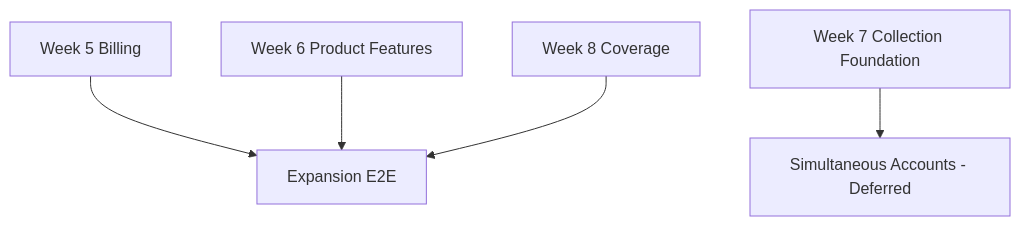
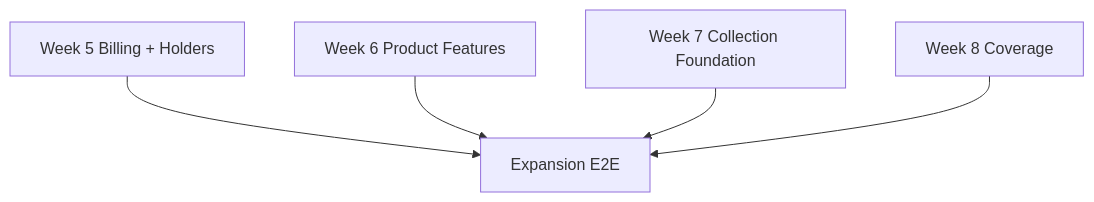
One commit to pradyumna-001/bancaemdia-api changed the diagram in docs/adrs/023-week9-future-concurrency-validation-issues.md. Above: the diagram before and after it, drawn with Mermaid. The commit also changed other lines of this file and 8 other files, not shown here.

````diff
--- a/docs/adrs/023-week9-future-concurrency-validation-issues.md
+++ b/docs/adrs/023-week9-future-concurrency-validation-issues.md
@@ -82,7 +51,7 @@
 ```mermaid
 graph TD
-    W5[Week 5 Billing] --> 2[Expansion E2E]
-    W6[Week 6 Product Features] --> 2
-    W7[Week 7 Collection Foundation] --> 1[Simultaneous Accounts - Deferred]
-    W8[Week 8 Coverage] --> 2
+    W5[Week 5 Billing + Holders] --> 1[Expansion E2E]
+    W6[Week 6 Product Features] --> 1
+    W7[Week 7 Collection Foundation] --> 1
+    W8[Week 8 Coverage] --> 1
 ```
````
